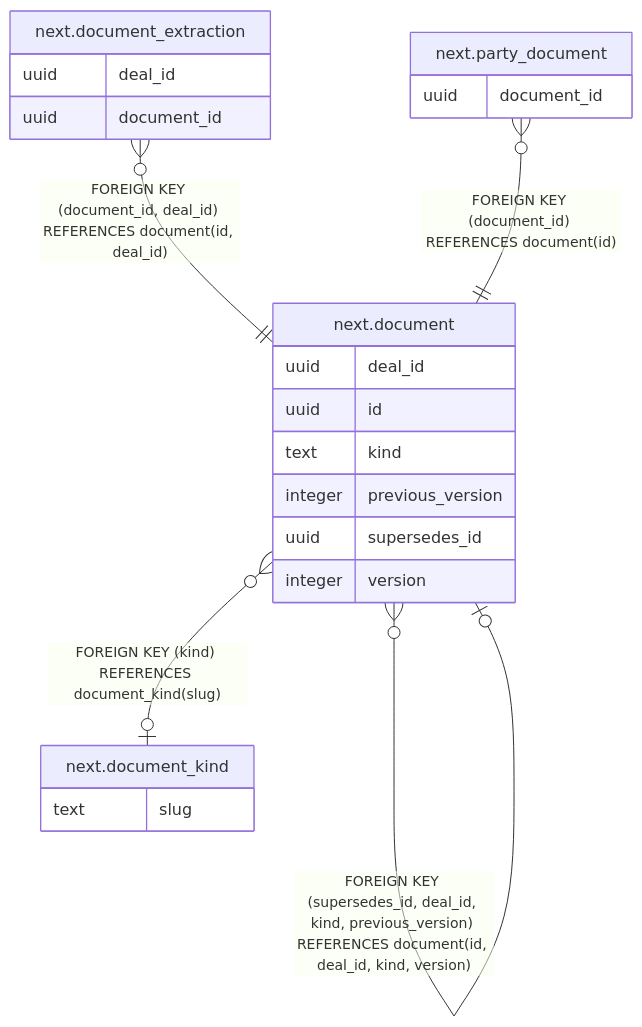
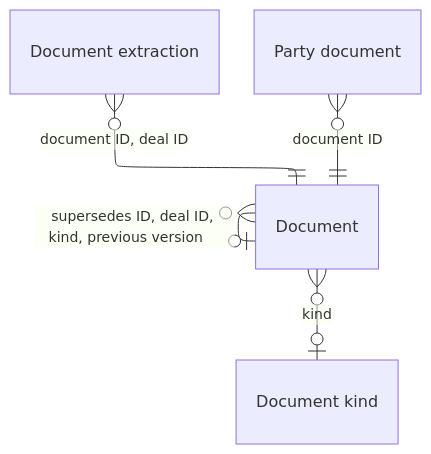
One commit to DoctorCRE/doctorcre-engine changed the diagram in docs/database/tables/viewpoint-documents.md. Above: the diagram before and after it, drawn with Mermaid. The commit also changed other lines of this file and 29 other files, not shown here.

````diff
--- a/docs/database/tables/viewpoint-documents.md
+++ b/docs/database/tables/viewpoint-documents.md
@@ -18,27 +3,18 @@
 ```mermaid
+---
+config:
+  layout: elk
+  er:
+    nodeSpacing: 22
+    rankSpacing: 44
+---
 erDiagram
-
-"next.document" }o--o| "next.document" : "FOREIGN KEY (supersedes_id, deal_id, kind, previous_version) REFERENCES document(id, deal_id, kind, version)"
-"next.document" }o--o| "next.document_kind" : "FOREIGN KEY (kind) REFERENCES document_kind(slug)"
-"next.document_extraction" }o--|| "next.document" : "FOREIGN KEY (document_id, deal_id) REFERENCES document(id, deal_id)"
-"next.party_document" }o--|| "next.document" : "FOREIGN KEY (document_id) REFERENCES document(id)"
-
-"next.document" {
-  uuid deal_id
-  uuid id
-  text kind
-  integer previous_version
-  uuid supersedes_id
-  integer version
-}
-"next.document_extraction" {
-  uuid deal_id
-  uuid document_id
-}
-"next.document_kind" {
-  text slug
-}
-"next.party_document" {
-  uuid document_id
-}
+  "Document"
+  "Document extraction"
+  "Document kind"
+  "Party document"
+  "Document" }o--o| "Document" : "supersedes ID, deal ID, kind, previous version#160;#160;#160;#160;"
+  "Document" }o--o| "Document kind" : "kind"
+  "Document extraction" }o--|| "Document" : "document ID, deal ID"
+  "Party document" }o--|| "Document" : "document ID"
 ```
````
